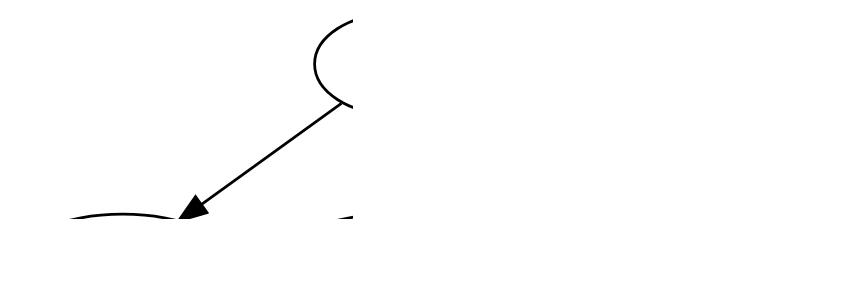
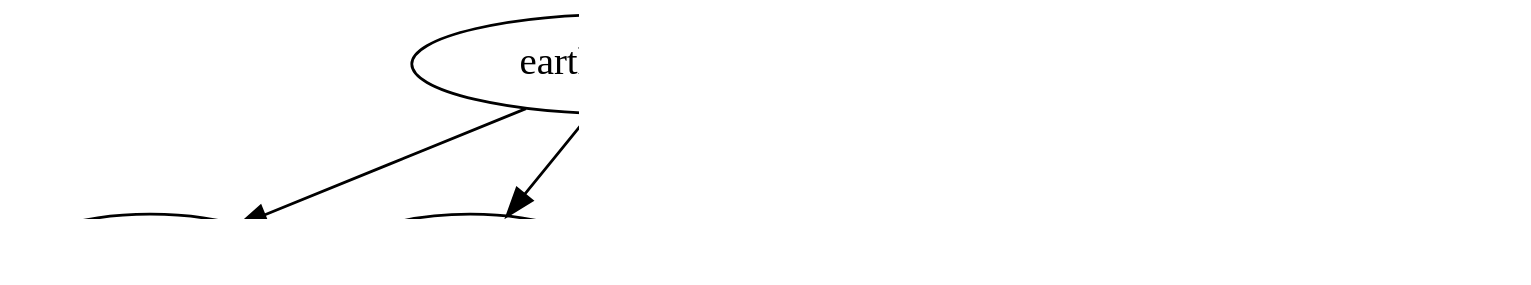
Before and after one commit to Serapieum-of-alex/earth2observe: the diagram in docs/index.rst, drawn with Graphviz. The commit also changed other lines of this file and 2 other files, not shown here.

```diff
--- a/docs/index.rst
+++ b/docs/index.rst
@@ -78,6 +72,7 @@
 .. digraph:: Linking
 
-    GIS -> raster;
-    GIS -> vector;
-    GIS -> giscatchment;
+    earth2observe -> ECMWF;
+    earth2observe -> CHIRPS;
+    earth2observe -> Amazon S3;
+    earth2observe -> Google Earth Engine;
     dpi=200;
```
